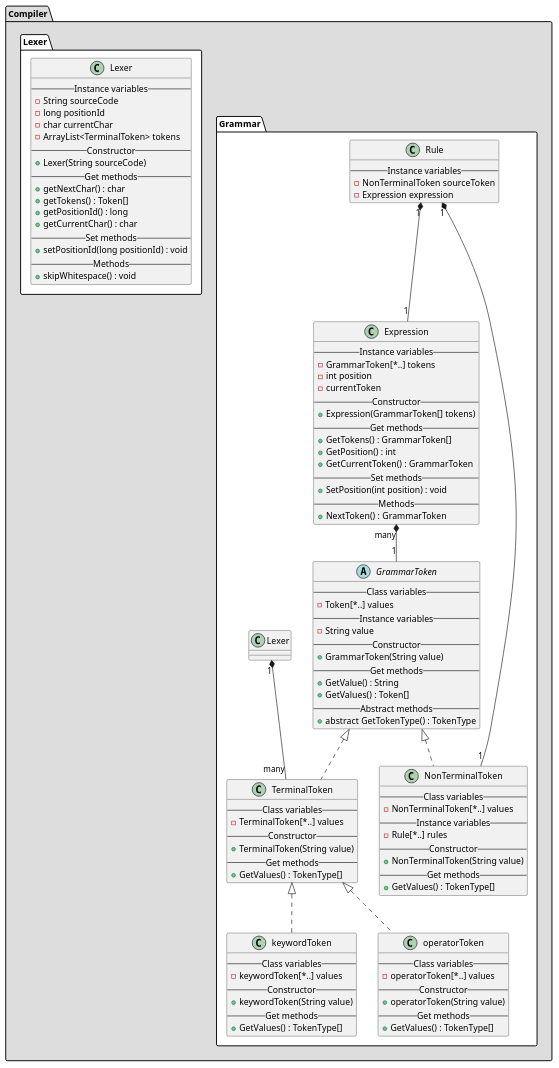
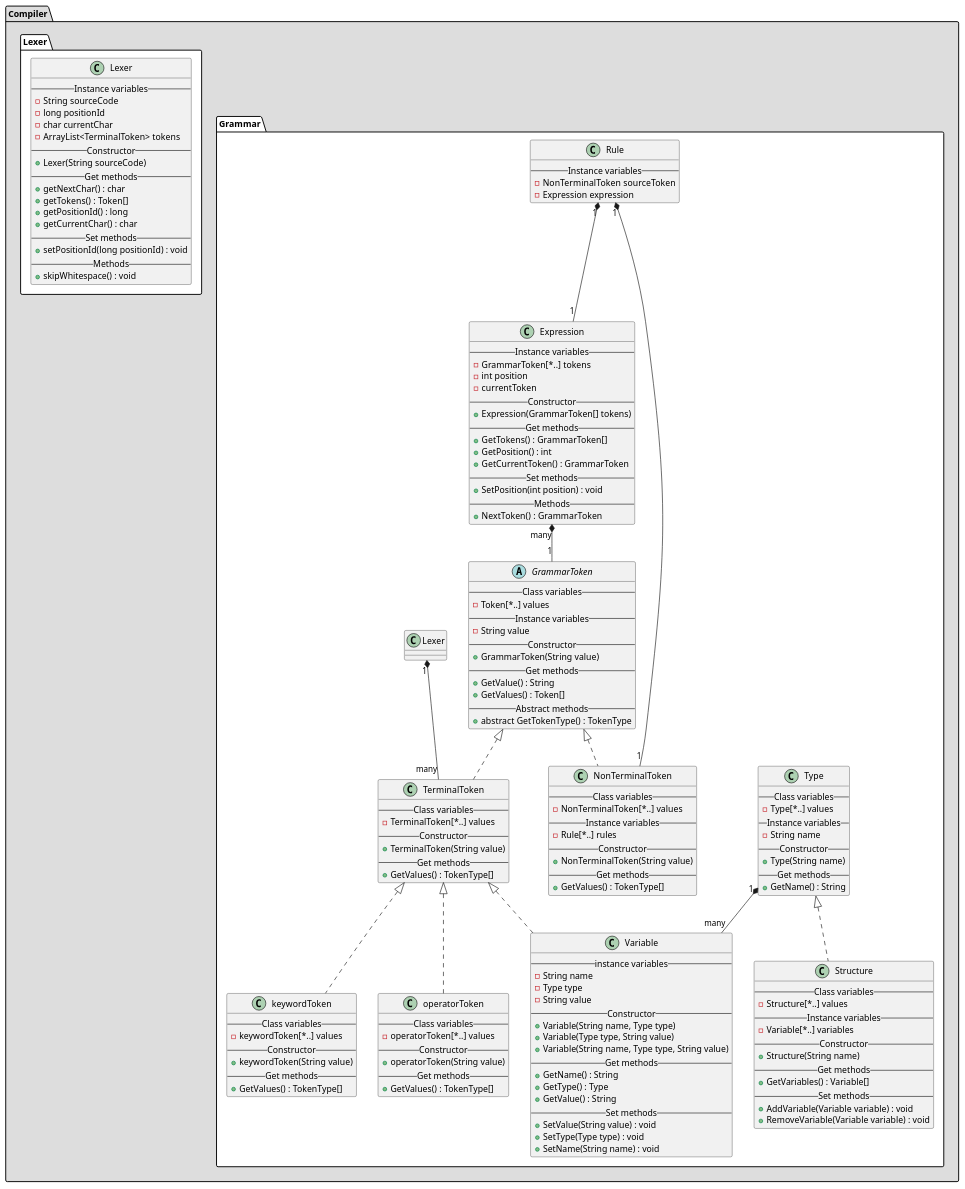
One commit to IamMoShi/Compilation_Birkel_Fornoff_Germain_Neyens changed the diagram in GestionDeProjet/Token.puml. Above: the diagram before and after it, drawn with PlantUML. The commit also changed 1 other file, not shown here.

Commit message:
Création d'un diagramme de classes pour décrire les premières classes de la grammaire utilisées par le Lexer

```diff
--- a/GestionDeProjet/Token.puml
+++ b/GestionDeProjet/Token.puml
@@ -1,117 +1,162 @@
 @startuml
 
 package Compiler #DDDDDD {}
 
 package Compiler.Grammar #FFFFFF{
 
 abstract class GrammarToken {
     -- Class variables --
     - Token[*..] values
     -- Instance variables --
     - String value
     -- Constructor --
     + GrammarToken(String value)
     -- Get methods --
     + GetValue() : String
     + GetValues() : Token[]
     -- Abstract methods --
     + abstract GetTokenType() : TokenType
 }
 
 class TerminalToken implements GrammarToken {
     -- Class variables --
     - TerminalToken[*..] values
     -- Constructor --
     + TerminalToken(String value)
     -- Get methods --
     + GetValues() : TokenType[]
 }
 
 class keywordToken implements TerminalToken {
     -- Class variables --
     - keywordToken[*..] values
     -- Constructor --
     + keywordToken(String value)
     -- Get methods --
     + GetValues() : TokenType[]
 }
 
 class NonTerminalToken implements GrammarToken {
     -- Class variables --
     - NonTerminalToken[*..] values
     -- Instance variables --
     - Rule[*..] rules
     -- Constructor --
     + NonTerminalToken(String value)
     -- Get methods --
     + GetValues() : TokenType[]
 }
 
 class operatorToken implements TerminalToken {
     -- Class variables --
     - operatorToken[*..] values
     -- Constructor --
     + operatorToken(String value)
     -- Get methods --
     + GetValues() : TokenType[]
 }
 
+class Variable implements TerminalToken {
+    -- instance variables --
+    - String name
+    - Type type
+    - String value
+    -- Constructor --
+    + Variable(String name, Type type)
+    + Variable(Type type, String value)
+    + Variable(String name, Type type, String value)
+    -- Get methods --
+    + GetName() : String
+    + GetType() : Type
+    + GetValue() : String
+    -- Set methods --
+    + SetValue(String value) : void
+    + SetType(Type type) : void
+    + SetName(String name) : void
+}
+
+class Type {
+    -- Class variables --
+    - Type[*..] values
+    -- Instance variables --
+    - String name
+    -- Constructor --
+    + Type(String name)
+    -- Get methods --
+    + GetName() : String
+}
+
+Type "1" *-- "many" Variable
+
+class Structure implements Type {
+    -- Class variables --
+    - Structure[*..] values
+    -- Instance variables --
+    - Variable[*..] variables
+    -- Constructor --
+    + Structure(String name)
+    -- Get methods --
+    + GetVariables() : Variable[]
+    -- Set methods --
+    + AddVariable(Variable variable) : void
+    + RemoveVariable(Variable variable) : void
+}
 
 Expression "many" *-- "1" GrammarToken
 
 
 class Expression {
     -- Instance variables --
     - GrammarToken[*..] tokens
     - int position
     - currentToken
     -- Constructor --
     + Expression(GrammarToken[] tokens)
     -- Get methods --
     + GetTokens() : GrammarToken[]
     + GetPosition() : int
     + GetCurrentToken() : GrammarToken
     -- Set methods --
     + SetPosition(int position) : void
     -- Methods --
     + NextToken() : GrammarToken
 }
 
 Rule "1" *-- "1" Expression
 Rule "1" *-- "1" NonTerminalToken
 
 class Rule {
     -- Instance variables --
     - NonTerminalToken sourceToken
     - Expression expression
 }
 
 Lexer "1" *-- "many" TerminalToken
 
 
 }
 
 package Compiler.Lexer #FFFFFF {
 
 class Lexer {
     -- Instance variables --
     - String sourceCode
     - long positionId
     - char currentChar
     - ArrayList<TerminalToken> tokens
     -- Constructor --
     + Lexer(String sourceCode)
     -- Get methods --
     + getNextChar() : char
     + getTokens() : Token[]
     + getPositionId() : long
     + getCurrentChar() : char
     -- Set methods --
     + setPositionId(long positionId) : void
     -- Methods --
     + skipWhitespace() : void
 }
 
 }
 
 @enduml
```
